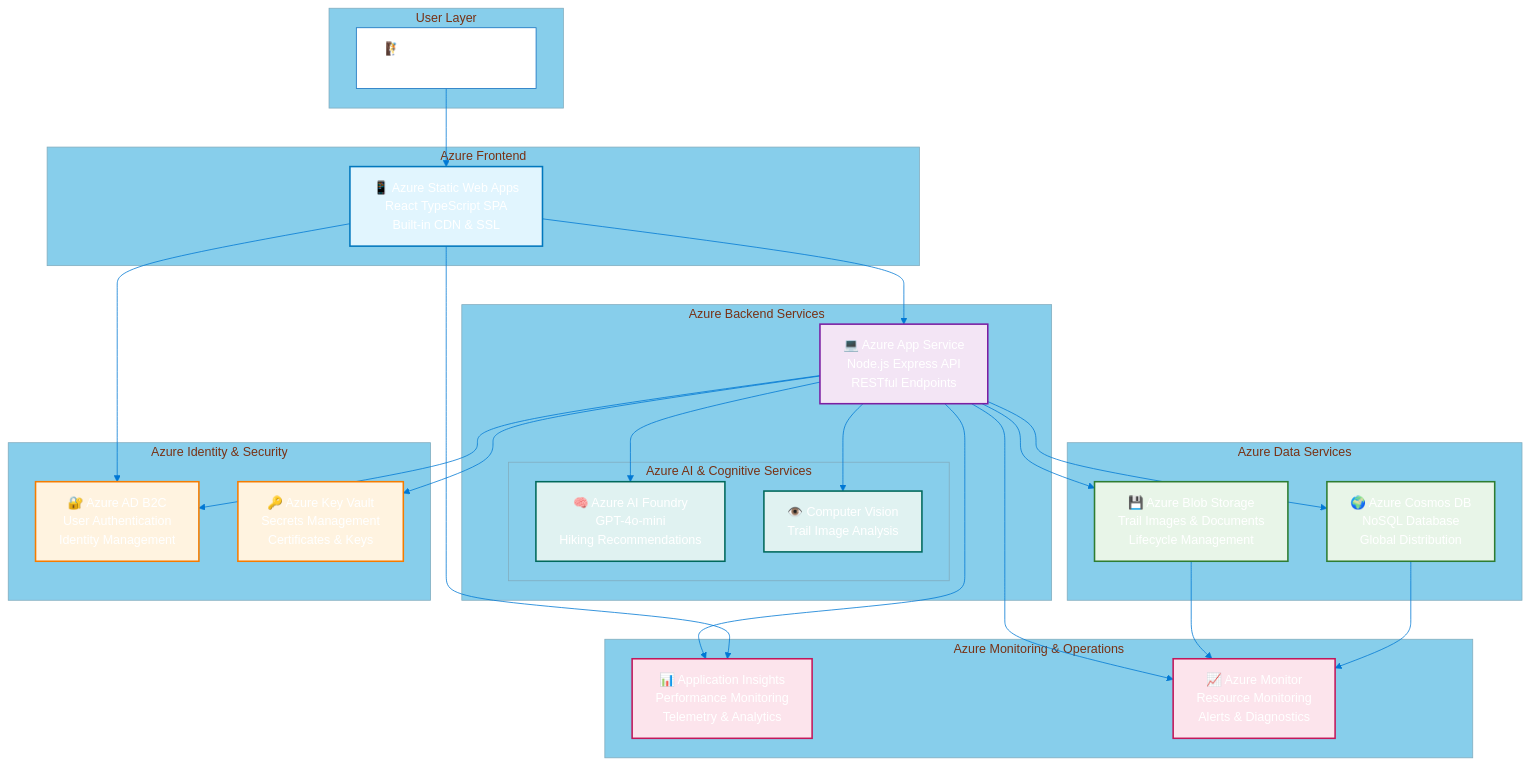
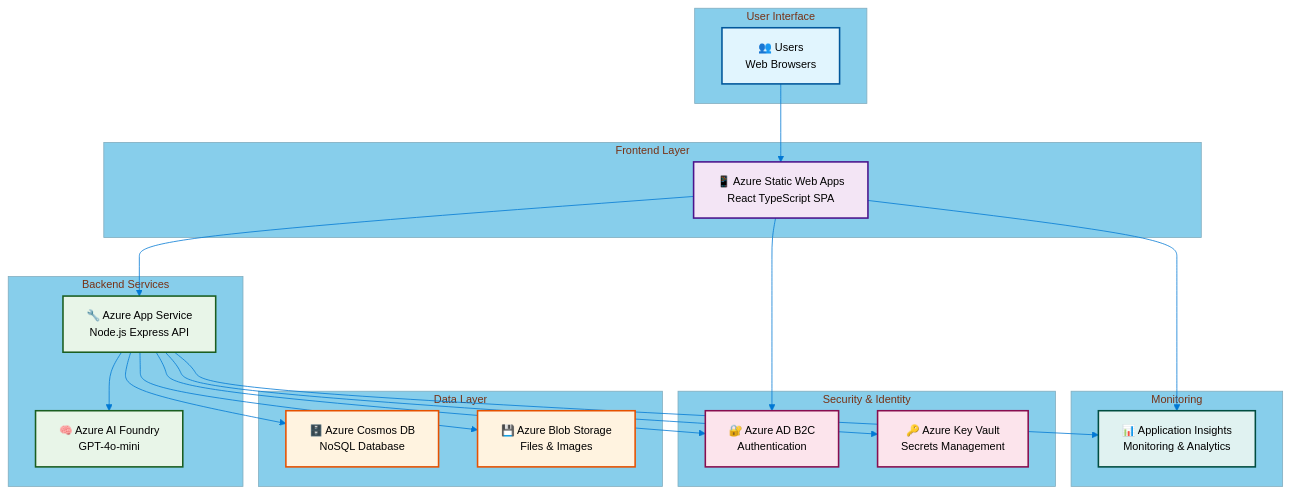
Before and after one commit to danielmeppiel/agentic-hike-planner: the first of 6 diagrams in ARCHITECTURE.md, drawn with Mermaid. The commit also changed other lines of this file, not shown here.

Commit message:
Simplify ARCHITECTURE.md with accessibility improvements and syntax fixes

````diff
--- a/ARCHITECTURE.md
+++ b/ARCHITECTURE.md
@@ -41,72 +34,74 @@
 ```mermaid
-%%{init: {'theme':'base', 'themeVariables': { 'primaryColor': '#0078d4', 'primaryTextColor': '#fff', 'primaryBorderColor': '#106ebe', 'lineColor': '#0078d4', 'secondaryColor': '#40e0d0', 'tertiaryColor': '#87ceeb', 'background': '#ffffff', 'mainBkg': '#ffffff', 'secondBkg': '#f5f5f5', 'tertiaryBkg': '#e6f3ff'}}}%%
+%%{init: {
+    'theme': 'base',
+    'themeVariables': {
+        'primaryColor': '#0078d4',
+        'primaryTextColor': '#000000',
+        'primaryBorderColor': '#004578',
+        'lineColor': '#0078d4',
+        'secondaryColor': '#40e0d0',
+        'tertiaryColor': '#87ceeb',
+        'background': '#ffffff',
+        'mainBkg': '#f8f9fa',
+        'secondBkg': '#e9ecef',
+        'fontFamily': 'system-ui, -apple-system, sans-serif',
+        'fontSize': '14px'
+    }
+}}%%
 graph TB
-    subgraph "User Layer"
-        Users[🧗 Hiking Enthusiasts<br/>Web Browsers & Mobile]
+    subgraph "User Interface"
+        Users["👥 Users<br/>Web Browsers"]
     end
     
-    subgraph "Azure Frontend"
-        SWA[📱 Azure Static Web Apps<br/>React TypeScript SPA<br/>Built-in CDN & SSL]
+    subgraph "Frontend Layer"
+        SWA["📱 Azure Static Web Apps<br/>React TypeScript SPA"]
     end
     
-    subgraph "Azure Backend Services"
-        ASP[💻 Azure App Service<br/>Node.js Express API<br/>RESTful Endpoints]
-        
-        subgraph "Azure AI & Cognitive Services"
-            AIFO[🧠 Azure AI Foundry<br/>GPT-4o-mini<br/>Hiking Recommendations]
-            CV[👁️ Computer Vision<br/>Trail Image Analysis]
-        end
+    subgraph "Backend Services"
+        API["🔧 Azure App Service<br/>Node.js Express API"]
+        AI["🧠 Azure AI Foundry<br/>GPT-4o-mini"]
     end
     
-    subgraph "Azure Data Services"
-        COSMOS[🌍 Azure Cosmos DB<br/>NoSQL Database<br/>Global Distribution]
-        BLOB[💾 Azure Blob Storage<br/>Trail Images & Documents<br/>Lifecycle Management]
+    subgraph "Data Layer"
+        DB["🗄️ Azure Cosmos DB<br/>NoSQL Database"]
+        Storage["💾 Azure Blob Storage<br/>Files & Images"]
     end
     
-    subgraph "Azure Identity & Security"
-        B2C[🔐 Azure AD B2C<br/>User Authentication<br/>Identity Management]
-        KV[🔑 Azure Key Vault<br/>Secrets Management<br/>Certificates & Keys]
+    subgraph "Security & Identity"
+        Auth["🔐 Azure AD B2C<br/>Authentication"]
+        Vault["🔑 Azure Key Vault<br/>Secrets Management"]
     end
     
-    subgraph "Azure Monitoring & Operations"
-        AI[📊 Application Insights<br/>Performance Monitoring<br/>Telemetry & Analytics]
-        MON[📈 Azure Monitor<br/>Resource Monitoring<br/>Alerts & Diagnostics]
+    subgraph "Monitoring"
+        Monitor["📊 Application Insights<br/>Monitoring & Analytics"]
     end
     
-    %% User interactions
+    %% Connections
     Users --> SWA
+    SWA --> API
+    SWA --> Auth
+    API --> DB
+    API --> Storage
+    API --> AI
+    API --> Auth
+    API --> Vault
     
-    %% Frontend to Backend
-    SWA --> ASP
-    SWA --> B2C
+    %% Monitoring connections
+    SWA --> Monitor
+    API --> Monitor
     
-    %% Backend integrations
-    ASP --> COSMOS
-    ASP --> BLOB
-    ASP --> AIFO
-    ASP --> CV
-    ASP --> B2C
-    ASP --> KV
+    %% Accessible styling
+    classDef userLayer fill:#e1f5fe,stroke:#01579b,stroke-width:2px,color:#000000
+    classDef frontendLayer fill:#f3e5f5,stroke:#4a148c,stroke-width:2px,color:#000000
+    classDef backendLayer fill:#e8f5e8,stroke:#1b5e20,stroke-width:2px,color:#000000
+    classDef dataLayer fill:#fff3e0,stroke:#e65100,stroke-width:2px,color:#000000
+    classDef securityLayer fill:#fce4ec,stroke:#880e4f,stroke-width:2px,color:#000000
+    classDef monitorLayer fill:#e0f2f1,stroke:#004d40,stroke-width:2px,color:#000000
     
-    %% Monitoring
-    SWA --> AI
-    ASP --> AI
-    COSMOS --> MON
-    BLOB --> MON
-    ASP --> MON
-    
-    %% Styling
-    classDef frontend fill:#e1f5fe,stroke:#0277bd,stroke-width:2px
-    classDef backend fill:#f3e5f5,stroke:#7b1fa2,stroke-width:2px
-    classDef data fill:#e8f5e8,stroke:#2e7d32,stroke-width:2px
-    classDef security fill:#fff3e0,stroke:#f57c00,stroke-width:2px
-    classDef monitoring fill:#fce4ec,stroke:#c2185b,stroke-width:2px
-    classDef ai fill:#e0f2f1,stroke:#00695c,stroke-width:2px
-    
-    class SWA frontend
-    class ASP backend
-    class COSMOS,BLOB data
-    class B2C,KV security
-    class AI,MON monitoring
-    class AIFO,CV ai
+    class Users userLayer
+    class SWA frontendLayer
+    class API,AI backendLayer
+    class DB,Storage dataLayer
+    class Auth,Vault securityLayer
+    class Monitor monitorLayer
 ```
````
